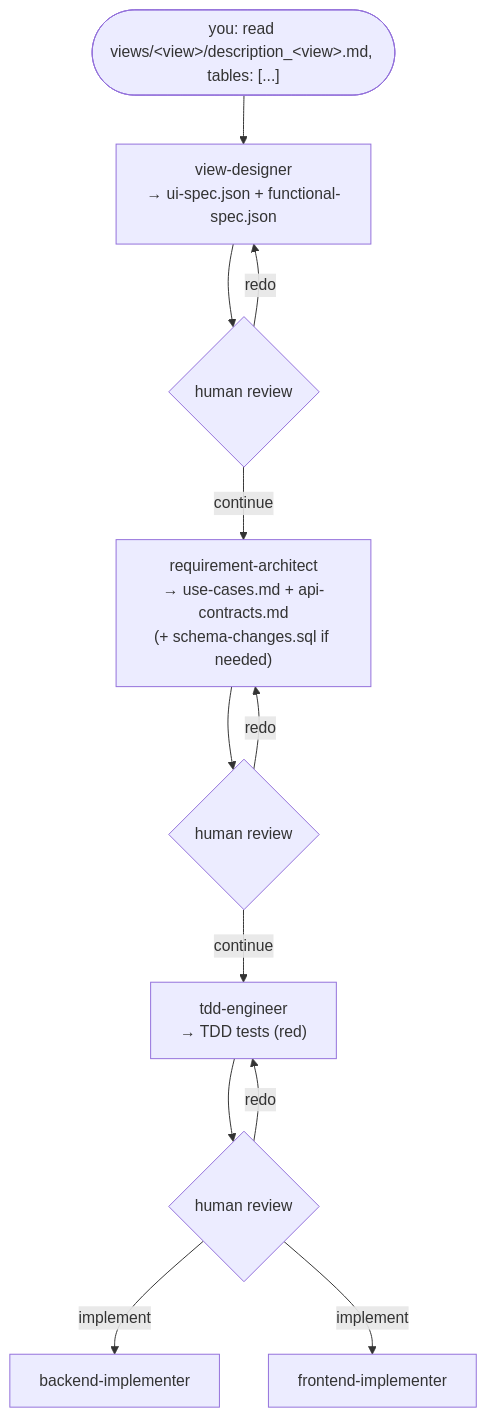
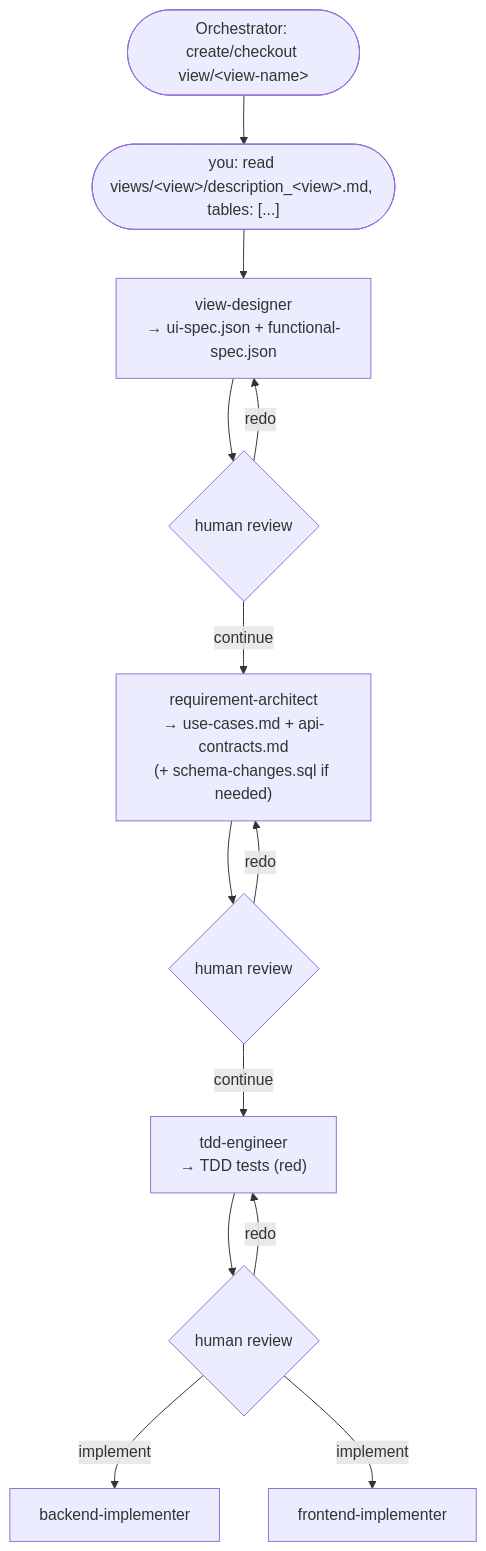
One commit to dbetancorfp/PYTO_BASE_PARA_GENERAR_PROYECTOS changed the first of 2 diagrams in CLAUDE.md. Above: the diagram before and after it, drawn with Mermaid. The commit also changed other lines of this file and 4 other files, not shown here.

First line of the commit message:
feat: add branch-per-view workflow to the pipeline

````diff
--- a/CLAUDE.md
+++ b/CLAUDE.md
@@ -104,14 +119,14 @@
 ```mermaid
 flowchart TD
-    Start(["you: read views/&lt;view&gt;/description_&lt;view&gt;.md, tables: [...]"]) --> VD["view-designer<br/>→ ui-spec.json + functional-spec.json"]
+    Branch(["Orchestrator: create/checkout view/&lt;view-name&gt;"]) --> Start(["you: read views/&lt;view&gt;/description_&lt;view&gt;.md, tables: [...]"]) --> VD["view-designer<br/>→ ui-spec.json + functional-spec.json"]
     VD --> RVA{"human review"}
     RVA -- redo --> VD
     RVA -- continue --> RA["requirement-architect<br/>→ use-cases.md + api-contracts.md<br/>(+ schema-changes.sql if needed)"]
     RA --> RVB{"human review"}
     RVB -- redo --> RA
     RVB -- continue --> TDD["tdd-engineer<br/>→ TDD tests (red)"]
     TDD --> RVC{"human review"}
     RVC -- redo --> TDD
     RVC -- "implement" --> BI["backend-implementer"]
     RVC -- "implement" --> FI["frontend-implementer"]
 ```
````
